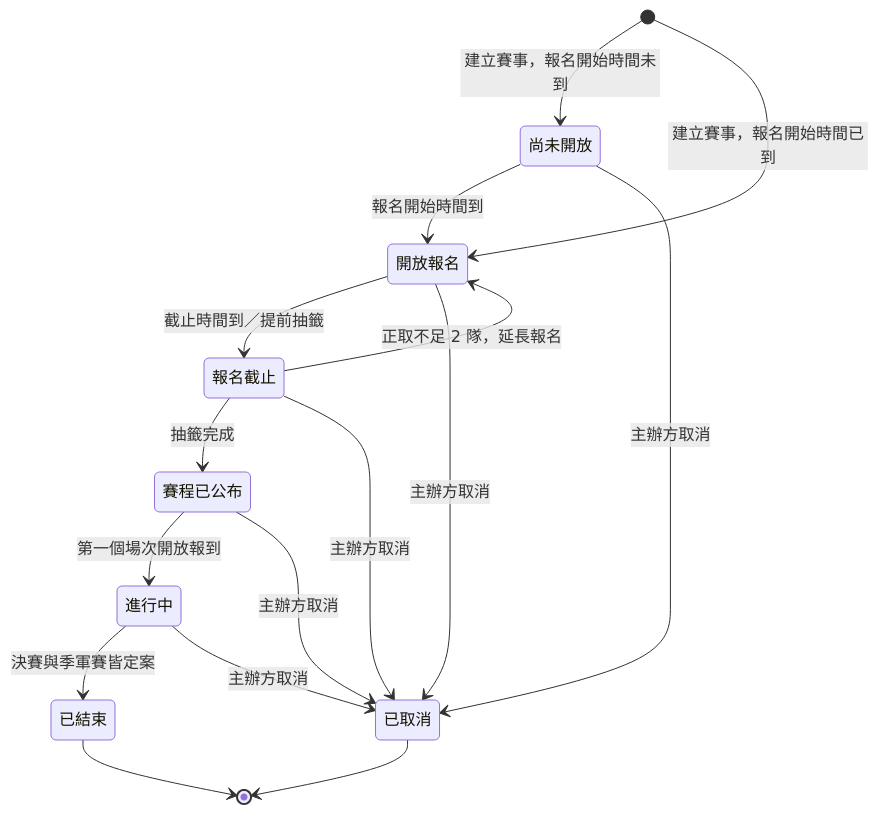
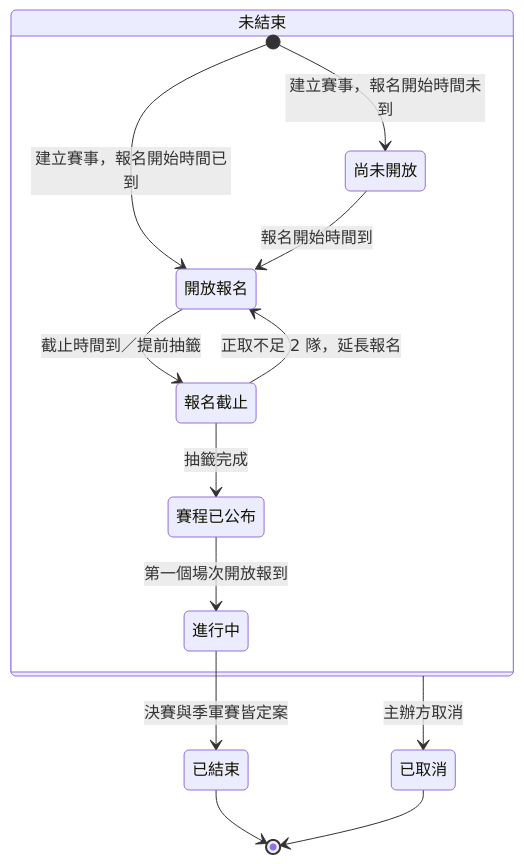
The first of 19 diagrams in docs/midterm/B-軟體需求分析文件.md (Team14good/esport-platform), drawn with Mermaid before and after one commit. The commit also changed other lines of this file and 11 other files, not shown here.

First line of the commit message:
docs: 簡化期中文件 B、C 的圖面 (#83)

````diff
--- a/docs/midterm/B-軟體需求分析文件.md
+++ b/docs/midterm/B-軟體需求分析文件.md
@@ -559,25 +561,23 @@
 ```mermaid
 stateDiagram-v2
-  state "尚未開放" as upcoming
-  state "開放報名" as open
-  state "報名截止" as closed
-  state "賽程已公布" as published
-  state "進行中" as ongoing
   state "已結束" as finished
   state "已取消" as cancelled
-  [*] --> upcoming : 建立賽事，報名開始時間未到
-  [*] --> open : 建立賽事，報名開始時間已到
-  upcoming --> open : 報名開始時間到
-  open --> closed : 截止時間到／提前抽籤
-  closed --> open : 正取不足 2 隊，延長報名
-  closed --> published : 抽籤完成
-  published --> ongoing : 第一個場次開放報到
+  state "未結束" as active {
+    state "尚未開放" as upcoming
+    state "開放報名" as open
+    state "報名截止" as closed
+    state "賽程已公布" as published
+    state "進行中" as ongoing
+    [*] --> upcoming : 建立賽事，報名開始時間未到
+    [*] --> open : 建立賽事，報名開始時間已到
+    upcoming --> open : 報名開始時間到
+    open --> closed : 截止時間到／提前抽籤
+    closed --> open : 正取不足 2 隊，延長報名
+    closed --> published : 抽籤完成
+    published --> ongoing : 第一個場次開放報到
+  }
   ongoing --> finished : 決賽與季軍賽皆定案
-  upcoming --> cancelled : 主辦方取消
-  open --> cancelled : 主辦方取消
-  closed --> cancelled : 主辦方取消
-  published --> cancelled : 主辦方取消
-  ongoing --> cancelled : 主辦方取消
+  active --> cancelled : 主辦方取消
   finished --> [*]
   cancelled --> [*]
 ```
````
